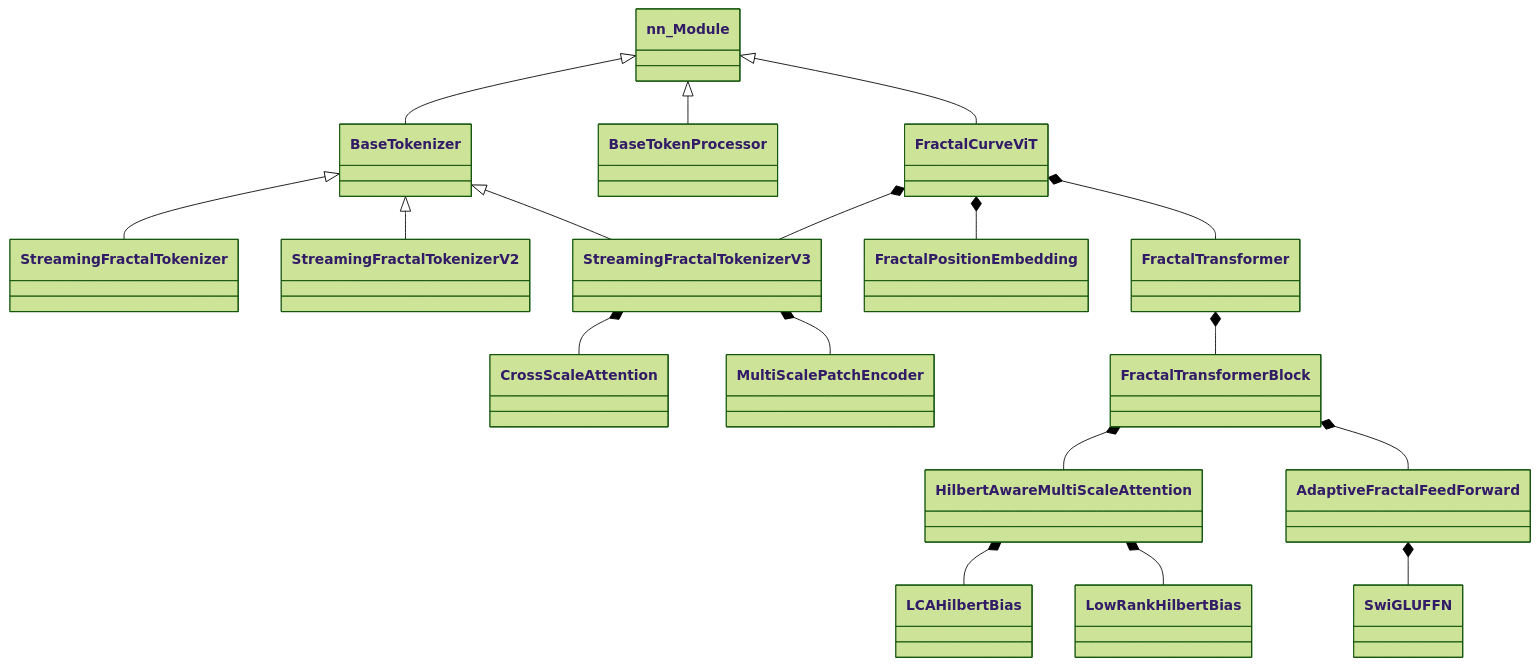
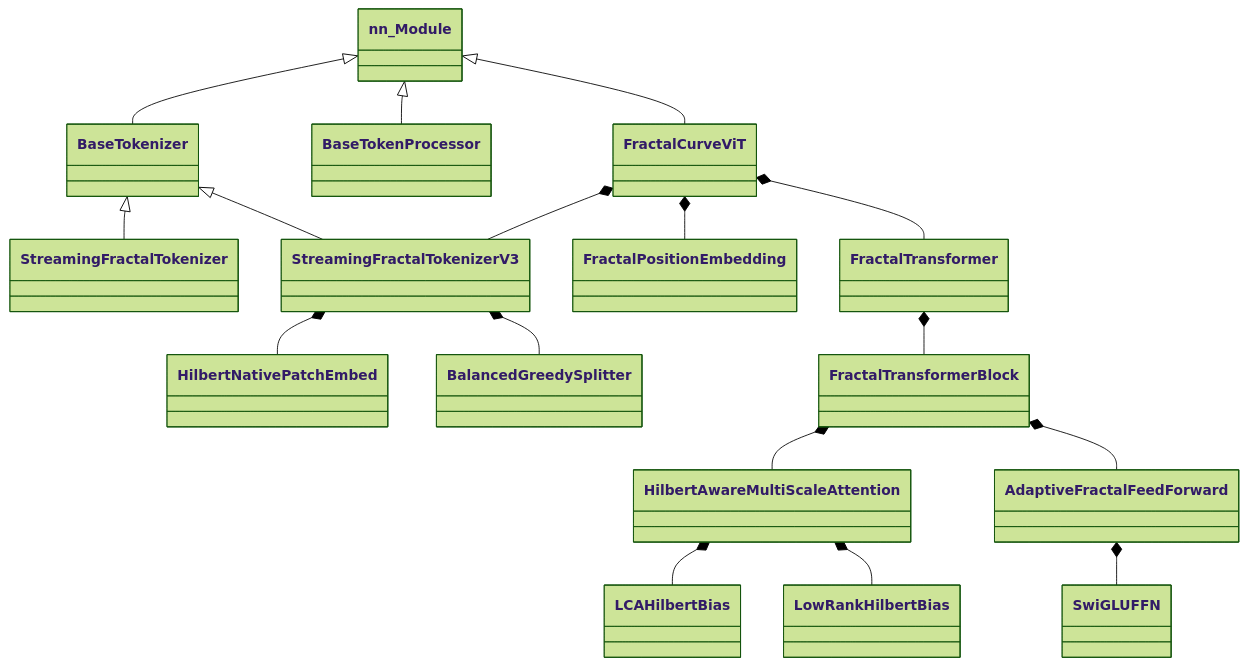
Before and after one commit to LoopyBrainie/fractal-curve-tokenizer: the diagram in documents/appendix.md, drawn with Mermaid (forest theme). The commit also changed other lines of this file and 8 other files, not shown here.

First line of the commit message:
Refactor documentation and codebase for Variable Depth Tokens architecture

````diff
--- a/documents/appendix.md
+++ b/documents/appendix.md
@@ -5,25 +5,24 @@
 ```mermaid
 classDiagram
     nn_Module <|-- BaseTokenizer
     nn_Module <|-- BaseTokenProcessor
     nn_Module <|-- FractalCurveViT
 
     BaseTokenizer <|-- StreamingFractalTokenizer
-    BaseTokenizer <|-- StreamingFractalTokenizerV2
     BaseTokenizer <|-- StreamingFractalTokenizerV3
 
     FractalCurveViT *-- StreamingFractalTokenizerV3
     FractalCurveViT *-- FractalPositionEmbedding
     FractalCurveViT *-- FractalTransformer
 
     FractalTransformer *-- FractalTransformerBlock
     FractalTransformerBlock *-- HilbertAwareMultiScaleAttention
     FractalTransformerBlock *-- AdaptiveFractalFeedForward
 
     HilbertAwareMultiScaleAttention *-- LCAHilbertBias
     HilbertAwareMultiScaleAttention *-- LowRankHilbertBias
     AdaptiveFractalFeedForward *-- SwiGLUFFN
     
-    StreamingFractalTokenizerV3 *-- CrossScaleAttention
-    StreamingFractalTokenizerV3 *-- MultiScalePatchEncoder
+    StreamingFractalTokenizerV3 *-- HilbertNativePatchEmbed
+    StreamingFractalTokenizerV3 *-- BalancedGreedySplitter
 ```
````
